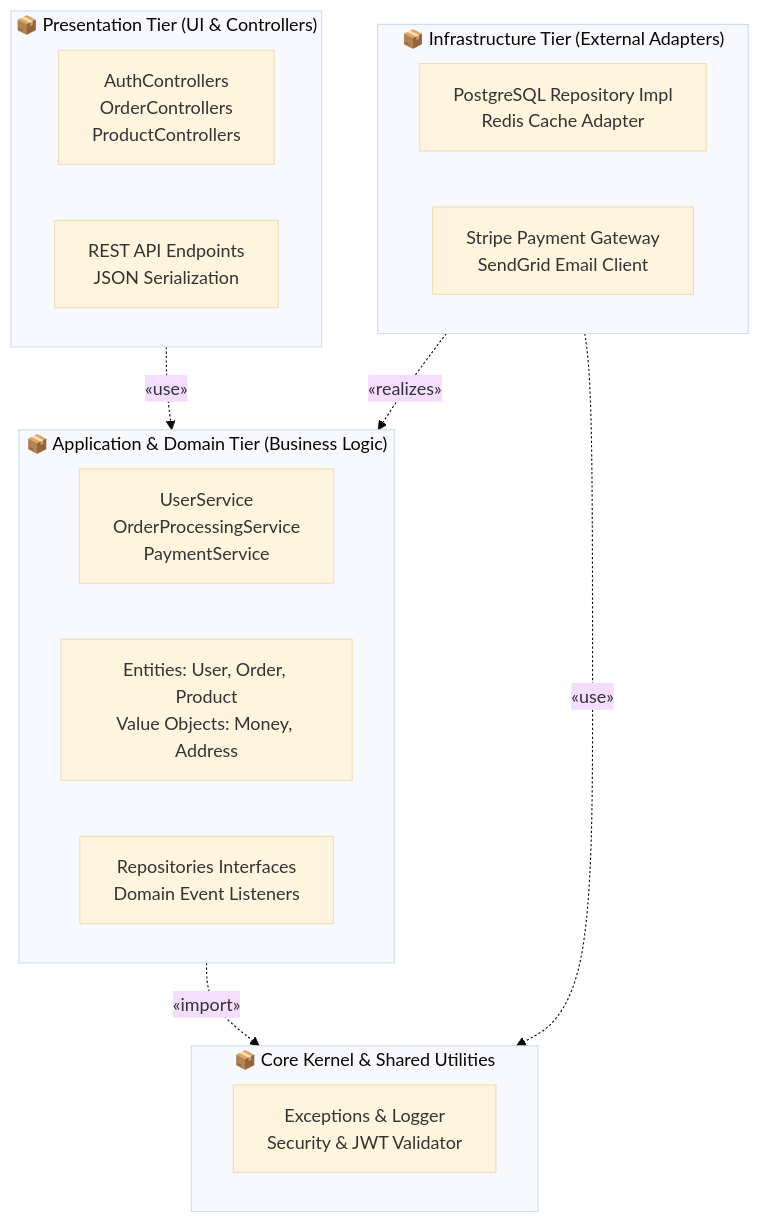
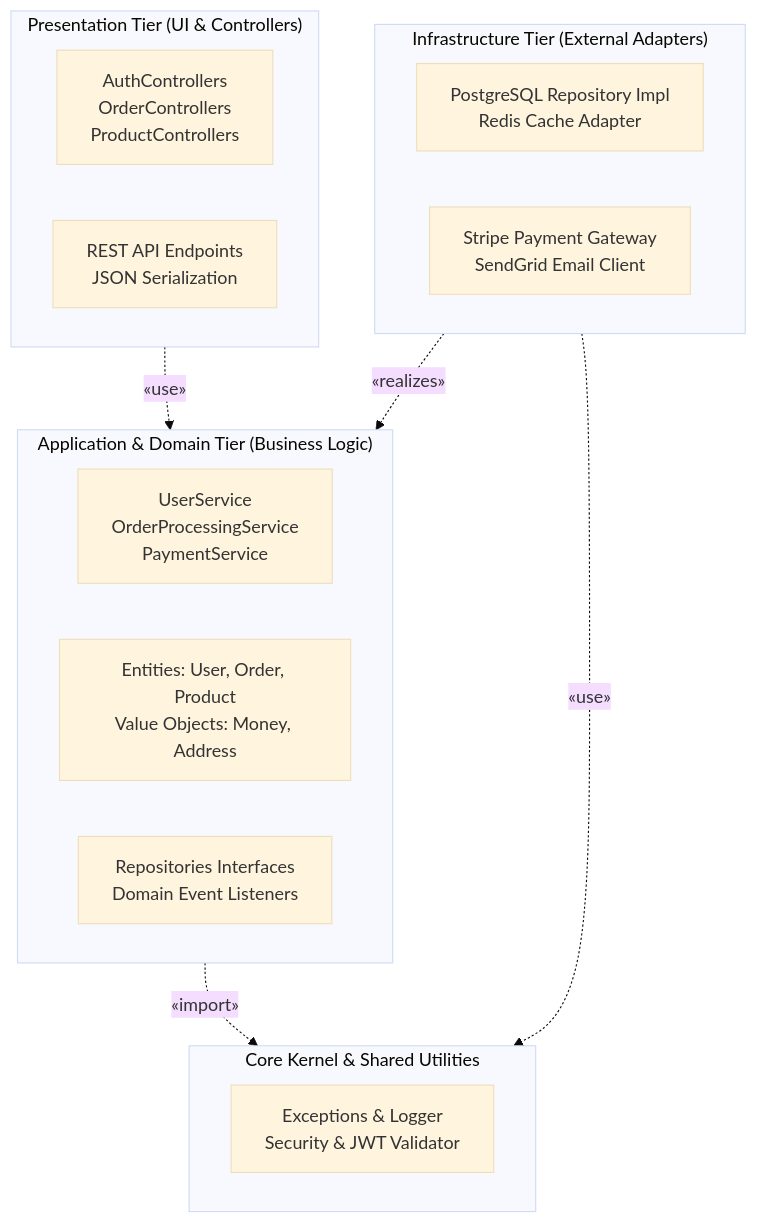
The third of 15 diagrams in Year 2/Semester 1/CS261 - Software Engineering/Lectures/Diagram.md (kuranne/CSTU40), drawn with Mermaid (base theme) before and after one commit. The commit also changed other lines of this file and 83 other files, not shown here.

````diff
--- a/Year 2/Semester 1/CS261 - Software Engineering/Lectures/Diagram.md
+++ b/Year 2/Semester 1/CS261 - Software Engineering/Lectures/Diagram.md
@@ -234,27 +234,27 @@
 ```mermaid
 flowchart TD
-    subgraph PresentationLayer ["📦 Presentation Tier (UI & Controllers)"]
+    subgraph PresentationLayer ["Presentation Tier (UI & Controllers)"]
         WebControllers["AuthControllers<br/>OrderControllers<br/>ProductControllers"]
         ViewTemplates["REST API Endpoints<br/>JSON Serialization"]
     end
 
-    subgraph ApplicationLayer ["📦 Application & Domain Tier (Business Logic)"]
+    subgraph ApplicationLayer ["Application & Domain Tier (Business Logic)"]
         Services["UserService<br/>OrderProcessingService<br/>PaymentService"]
         DomainEntities["Entities: User, Order, Product<br/>Value Objects: Money, Address"]
         DomainInterfaces["Repositories Interfaces<br/>Domain Event Listeners"]
     end
 
-    subgraph InfrastructureLayer ["📦 Infrastructure Tier (External Adapters)"]
+    subgraph InfrastructureLayer ["Infrastructure Tier (External Adapters)"]
         DatabaseAdapters["PostgreSQL Repository Impl<br/>Redis Cache Adapter"]
         ExternalServices["Stripe Payment Gateway<br/>SendGrid Email Client"]
     end
 
-    subgraph CommonCore ["📦 Core Kernel & Shared Utilities"]
+    subgraph CommonCore ["Core Kernel & Shared Utilities"]
         Utilities["Exceptions & Logger<br/>Security & JWT Validator"]
     end
 
     PresentationLayer -. "«use»" .-> ApplicationLayer
     ApplicationLayer -. "«import»" .-> CommonCore
     InfrastructureLayer -. "«realizes»" .-> ApplicationLayer
     InfrastructureLayer -. "«use»" .-> CommonCore
 ```
````
